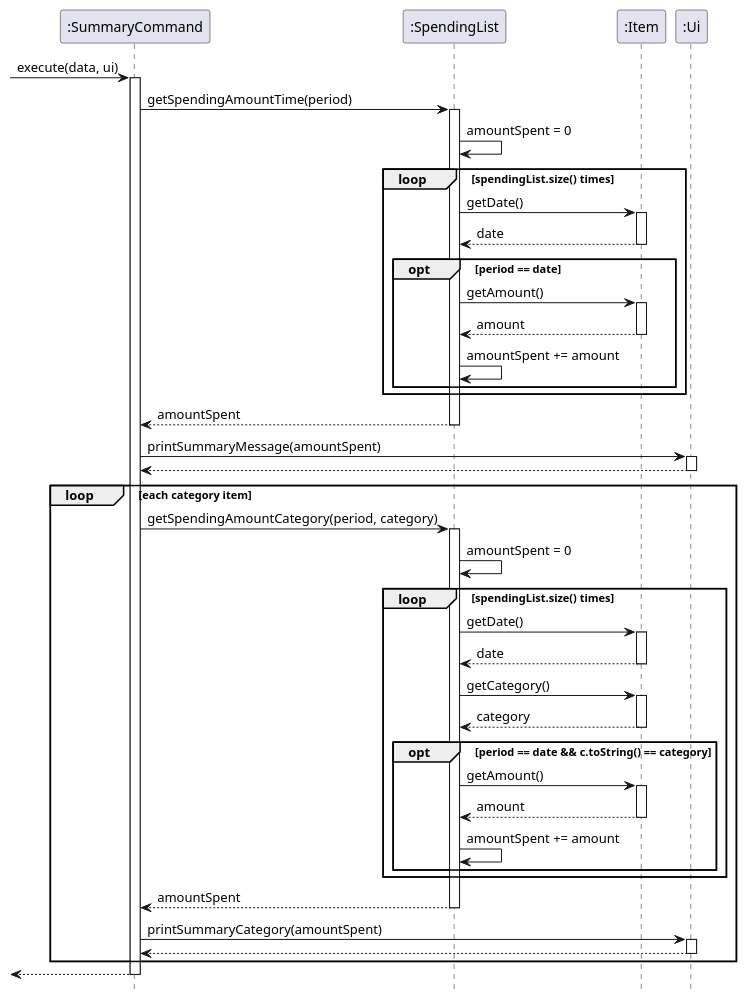
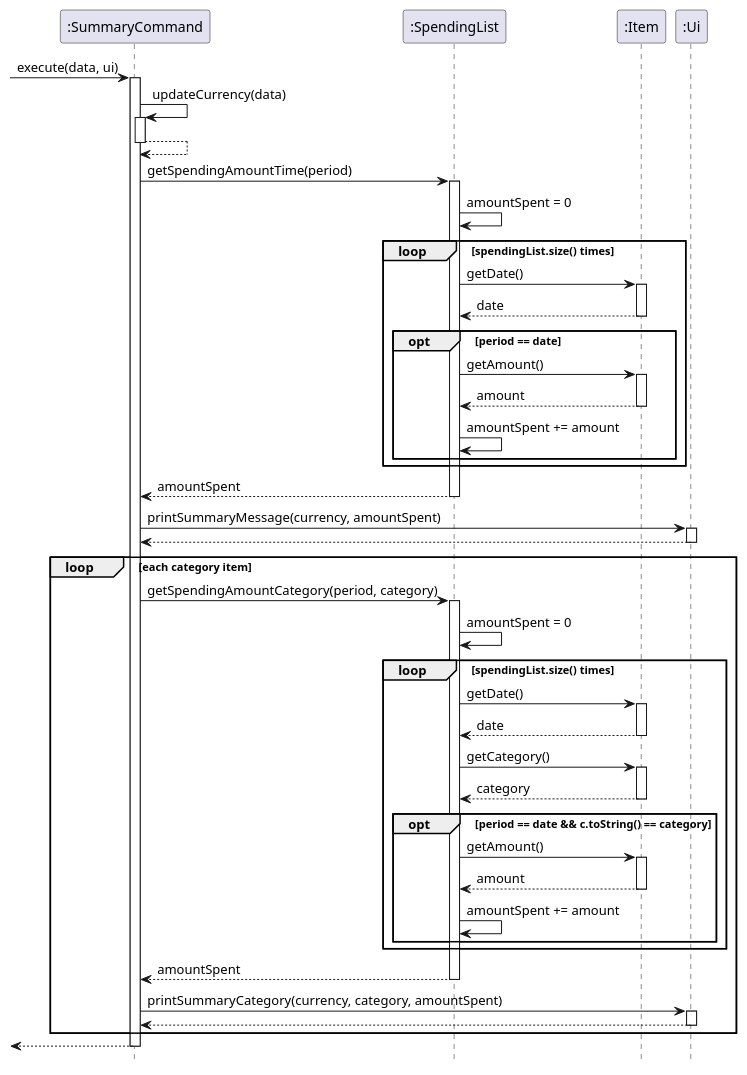
One commit to xieyaoyue/tp changed the diagram in src/uml/sequence diagrams/SummaryCommand.puml. Above: the diagram before and after it, drawn with PlantUML. The commit also changed 4 other files, not shown here.

```diff
--- a/src/uml/sequence diagrams/SummaryCommand.puml
+++ b/src/uml/sequence diagrams/SummaryCommand.puml
@@ -1,77 +1,82 @@
 @startuml
 hide footbox
 
 
 
 -> ":SummaryCommand": execute(data, ui)
 activate ":SummaryCommand"
+
+":SummaryCommand" -> ":SummaryCommand" : updateCurrency(data)
+activate ":SummaryCommand"
+":SummaryCommand" --> ":SummaryCommand"
+deactivate ":SummaryCommand"
 
 ":SummaryCommand" -> ":SpendingList": getSpendingAmountTime(period)
 activate ":SpendingList"
 
 ":SpendingList" -> ":SpendingList" : amountSpent = 0
 
 loop spendingList.size() times
 
 
 ":SpendingList" -> ":Item": getDate()
 activate ":Item"
 ":Item" --> ":SpendingList": date
 deactivate ":Item"
 
 opt period == date
 ":SpendingList" -> ":Item": getAmount()
 activate ":Item"
 ":Item" --> ":SpendingList": amount
 deactivate ":Item"
 ":SpendingList" -> ":SpendingList" : amountSpent += amount
 end
 
 end
 
 ":SpendingList" --> ":SummaryCommand": amountSpent
 deactivate ":SpendingList"
-":SummaryCommand" -> ":Ui" : printSummaryMessage(amountSpent)
+":SummaryCommand" -> ":Ui" : printSummaryMessage(currency, amountSpent)
 activate ":Ui"
 ":Ui" --> ":SummaryCommand"
 deactivate ":Ui"
 
 loop each category item
 ":SummaryCommand" -> ":SpendingList": getSpendingAmountCategory(period, category)
 activate ":SpendingList"
 ":SpendingList" -> ":SpendingList" : amountSpent = 0
 
 loop spendingList.size() times
 ":SpendingList" -> ":Item": getDate()
 activate ":Item"
 ":Item" --> ":SpendingList": date
 deactivate ":Item"
 
 ":SpendingList" -> ":Item": getCategory()
 activate ":Item"
 ":Item" --> ":SpendingList": category
 deactivate ":Item"
 
 opt period == date && c.toString() == category
 ":SpendingList" -> ":Item": getAmount()
 activate ":Item"
 ":Item" --> ":SpendingList": amount
 deactivate ":Item"
 ":SpendingList" -> ":SpendingList" : amountSpent += amount
 end
 end
 
 ":SpendingList" --> ":SummaryCommand": amountSpent
 deactivate ":SpendingList"
 
-":SummaryCommand" -> ":Ui" : printSummaryCategory(amountSpent)
+":SummaryCommand" -> ":Ui" : printSummaryCategory(currency, category, amountSpent)
 activate ":Ui"
 ":Ui" --> ":SummaryCommand"
 deactivate ":Ui"
 end
 
 <-- ":SummaryCommand"
 deactivate ":SummaryCommand"
 
 
 @enduml
```
